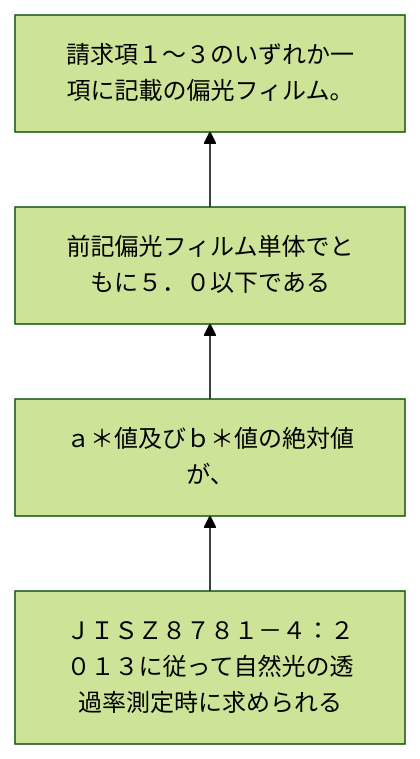
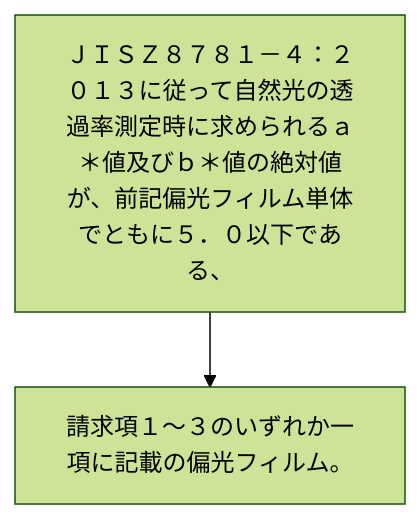
Before and after one commit to shinmori55/patent_analyzed: the diagram in 2024/JP2024031583A/claim_4/README.md, drawn with Mermaid (forest theme). The commit also changed 336 other files, not shown here.

````diff
--- a/2024/JP2024031583A/claim_4/README.md
+++ b/2024/JP2024031583A/claim_4/README.md
@@ -2,10 +2,6 @@
 ```mermaid
-flowchart BT
-D[請求項１～３のいずれか一項に記載の偏光フィルム。]
-C[前記偏光フィルム単体でともに５．０以下である]
-B[ａ＊値及びｂ＊値の絶対値が、]
-A[ＪＩＳＺ８７８１－４：２０１３に従って自然光の透過率測定時に求められる]
+flowchart TD
+A[ＪＩＳＺ８７８１－４：２０１３に従って自然光の透過率測定時に求められるａ＊値及びｂ＊値の絶対値が、前記偏光フィルム単体でともに５．０以下である、]
+B[請求項１～３のいずれか一項に記載の偏光フィルム。]
 A --> B
-B --> C
-C --> D
 ```
````
